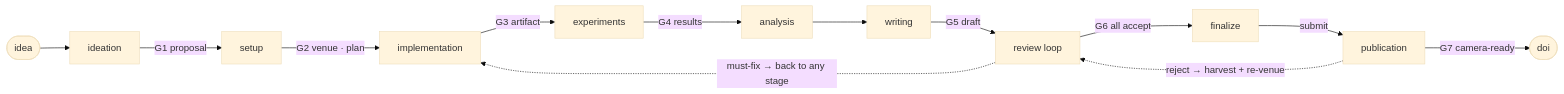
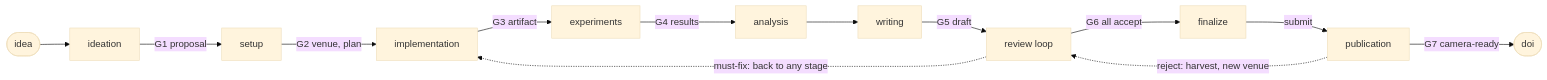
Before and after one commit to zyx1121/paper-generator: the diagram in README.md, drawn with Mermaid (base theme). The commit also changed other lines of this file and 4 other files, not shown here.

````diff
--- a/README.md
+++ b/README.md
@@ -63,15 +16,15 @@
 ```mermaid
 flowchart LR
     idea([idea]) --> ideation
     ideation -->|"G1 proposal"| setup
-    setup -->|"G2 venue · plan"| implementation
+    setup -->|"G2 venue, plan"| implementation
     implementation -->|"G3 artifact"| experiments
     experiments -->|"G4 results"| analysis
     analysis --> writing
     writing -->|"G5 draft"| review["review loop"]
     review -->|"G6 all accept"| finalize
     finalize -->|submit| publication
     publication -->|"G7 camera-ready"| pdf([doi])
-    review -.->|"must-fix → back to any stage"| implementation
-    publication -.->|"reject → harvest + re-venue"| review
+    review -.->|"must-fix: back to any stage"| implementation
+    publication -.->|"reject: harvest, new venue"| review
 ```
````
